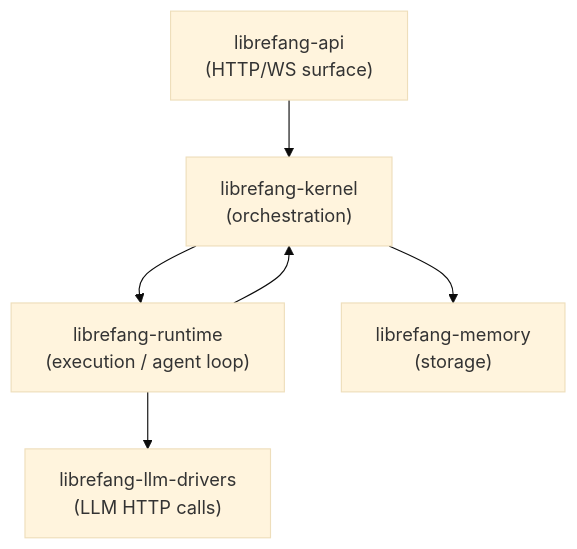
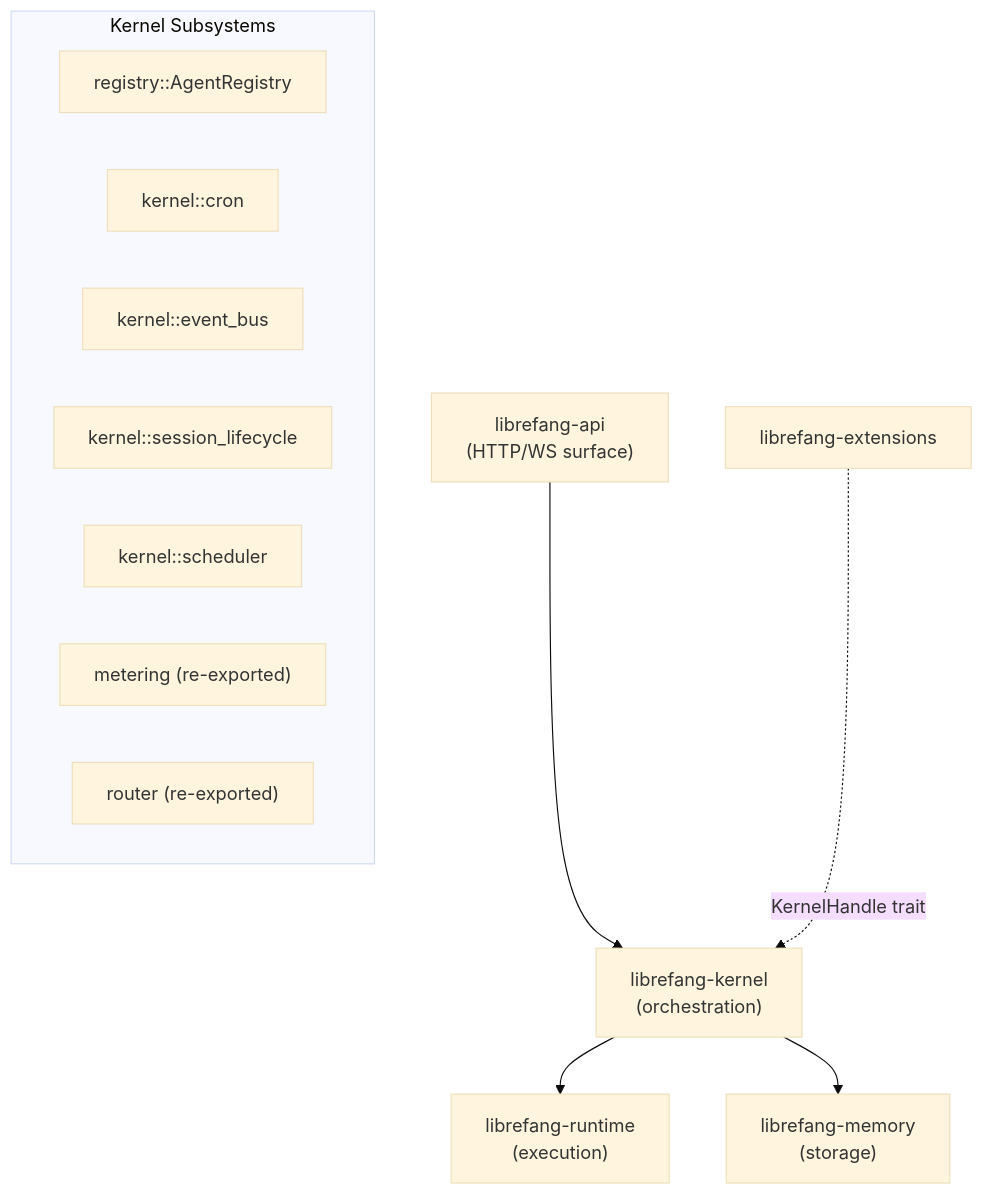
The diagram in other-librefang-kernel.md (leszek3737/librefang-WIki), drawn with Mermaid (base theme) before and after one commit. The commit also changed other lines of this file and 125 other files, not shown here.

````diff
--- a/other-librefang-kernel.md
+++ b/other-librefang-kernel.md
@@ -9,13 +9,23 @@
 ```mermaid
 graph TD
     API["librefang-api<br/>(HTTP/WS surface)"]
-    KERN["librefang-kernel<br/>(orchestration)"]
-    RT["librefang-runtime<br/>(execution / agent loop)"]
+    K["librefang-kernel<br/>(orchestration)"]
+    RT["librefang-runtime<br/>(execution)"]
     MEM["librefang-memory<br/>(storage)"]
-    DRV["librefang-llm-drivers<br/>(LLM HTTP calls)"]
-    API --> KERN
-    RT --> KERN
-    KERN --> MEM
-    KERN --> RT
-    RT --> DRV
+    EXT["librefang-extensions"]
+
+    API --> K
+    K --> RT
+    K --> MEM
+    EXT -.->|KernelHandle trait| K
+
+    subgraph Kernel Subsystems
+        REG["registry::AgentRegistry"]
+        CRON["kernel::cron"]
+        EV["kernel::event_bus"]
+        SL["kernel::session_lifecycle"]
+        SCH["kernel::scheduler"]
+        M["metering (re-exported)"]
+        R["router (re-exported)"]
+    end
 ```
````
